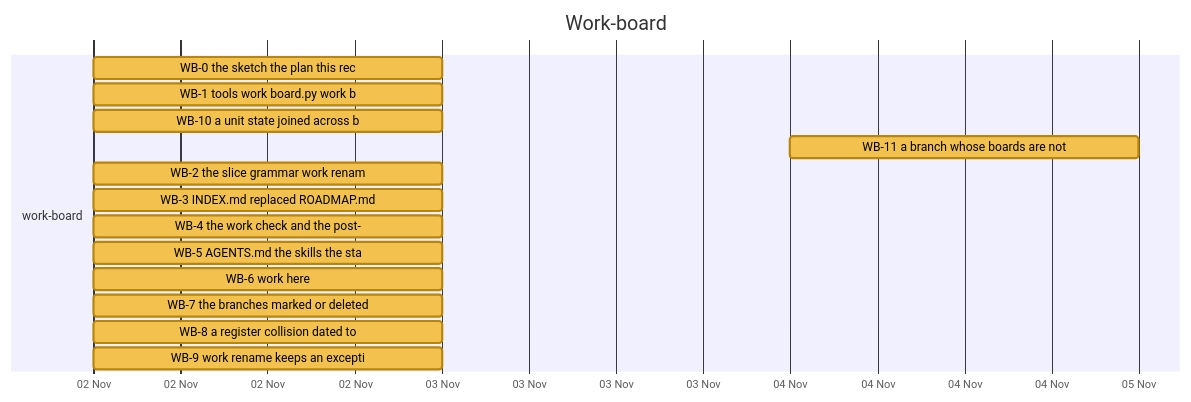
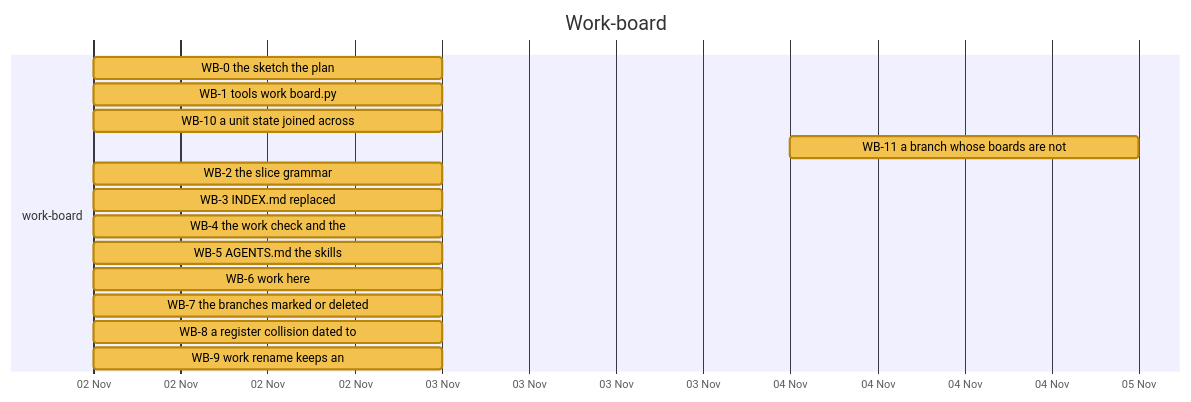
One commit to nebularis/lattice changed diagram 16 of 26 in docs/developer/ROADMAP.md. Above: the diagram before and after it, drawn with Mermaid. The commit also changed other lines of this file and 126 other files, not shown here.

````diff
--- a/docs/developer/ROADMAP.md
+++ b/docs/developer/ROADMAP.md
@@ -437,20 +454,20 @@
 ```mermaid
 %%{init: {"themeVariables": {"taskBkgColor": "#f2c14e", "taskBorderColor": "#b8860b", "taskTextColor": "#000000", "activeTaskBkgColor": "#4e9af1", "activeTaskBorderColor": "#1f5fbf", "activeTaskBorderColor": "#1f5fbf", "doneTaskBkgColor": "#8fcf8f", "doneTaskBorderColor": "#2f7d32", "critBkgColor": "#f28b82", "critBorderColor": "#b23a30", "taskTextDarkColor": "#000000", "taskTextLightColor": "#000000"}}}%%
 gantt
     title Work-board
     dateFormat YYYY-MM-DD
     axisFormat %d %b
     section work-board
-    WB-0 the sketch the plan this rec :wb0, 2026-11-02, 2026-11-03
-    WB-1 tools work board.py work b :wb1, 2026-11-02, 2026-11-03
-    WB-10 a unit state joined across b :wb10, 2026-11-02, 2026-11-03
+    WB-0 the sketch the plan :wb0, 2026-11-02, 2026-11-03
+    WB-1 tools work board.py :wb1, 2026-11-02, 2026-11-03
+    WB-10 a unit state joined across :wb10, 2026-11-02, 2026-11-03
     WB-11 a branch whose boards are not :wb11, 2026-11-04, 2026-11-05
-    WB-2 the slice grammar work renam :wb2, 2026-11-02, 2026-11-03
-    WB-3 INDEX.md replaced ROADMAP.md :wb3, 2026-11-02, 2026-11-03
-    WB-4 the work check and the post- :wb4, 2026-11-02, 2026-11-03
-    WB-5 AGENTS.md the skills the sta :wb5, 2026-11-02, 2026-11-03
+    WB-2 the slice grammar :wb2, 2026-11-02, 2026-11-03
+    WB-3 INDEX.md replaced :wb3, 2026-11-02, 2026-11-03
+    WB-4 the work check and the :wb4, 2026-11-02, 2026-11-03
+    WB-5 AGENTS.md the skills :wb5, 2026-11-02, 2026-11-03
     WB-6 work here :wb6, 2026-11-02, 2026-11-03
     WB-7 the branches marked or deleted :wb7, 2026-11-02, 2026-11-03
     WB-8 a register collision dated to :wb8, 2026-11-02, 2026-11-03
-    WB-9 work rename keeps an excepti :wb9, 2026-11-02, 2026-11-03
+    WB-9 work rename keeps an :wb9, 2026-11-02, 2026-11-03
 ```
````
